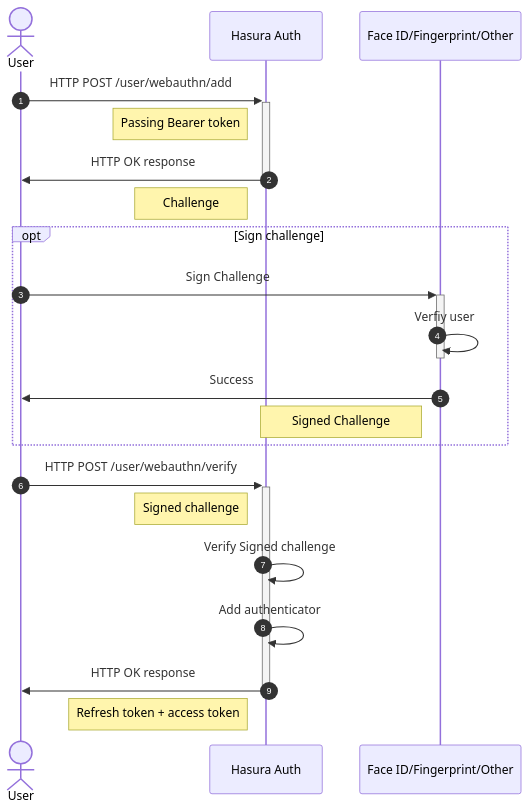
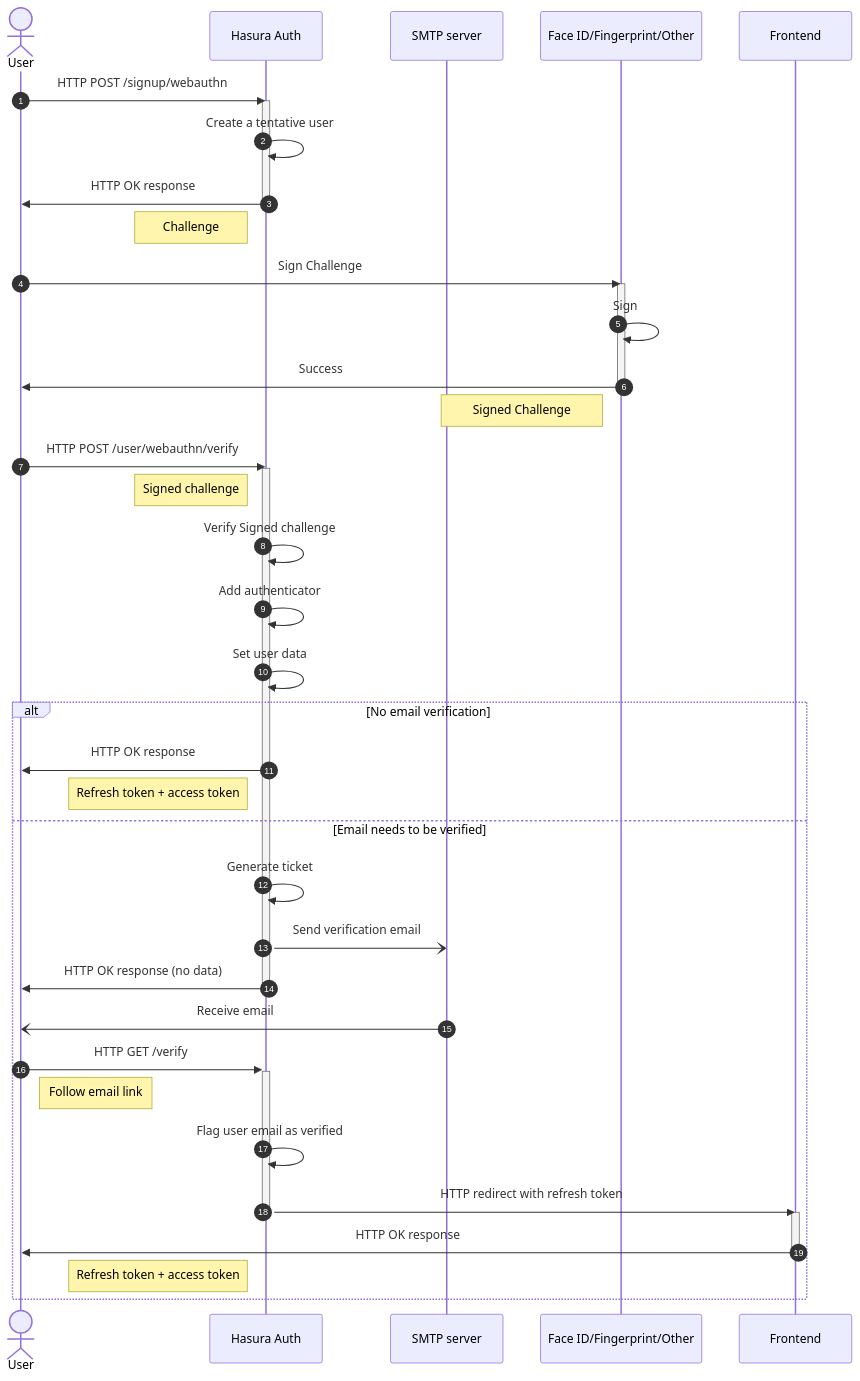
The first of 3 diagrams in docs/workflows/webauthn.md (nhost/nhost), drawn with Mermaid before and after one commit. The commit also changed other lines of this file, not shown here.

Commit message:
docs: add webauthn signup sequence diagram

````diff
--- a/docs/workflows/webauthn.md
+++ b/docs/workflows/webauthn.md
@@ -13,23 +13,45 @@
 ```mermaid
 sequenceDiagram
 	autonumber
 	actor U as User
 	participant A as Hasura Auth
+	participant E as SMTP server
 	participant G as Face ID/Fingerprint/Other
-	U->>+A: HTTP POST /user/webauthn/add
-    Note left of A: Passing Bearer token
-    A->>-U: HTTP OK response
+	participant F as Frontend
+	U->>A: HTTP POST /signup/webauthn
+    activate A
+	A->>A: Create a tentative user
+    A->>U: HTTP OK response
+    deactivate A
     Note left of A: Challenge
-    opt Sign challenge
-        U->>+G: Sign Challenge
-        G->>-G: Verfiy user
-        G->>U: Success
-        Note left of G: Signed Challenge
-    end
-    U->>+A: HTTP POST /user/webauthn/verify
+
+    U->>G: Sign Challenge
+    activate G
+    G->>G: Sign
+    G->>U: Success
+    deactivate G
+    Note left of G: Signed Challenge
+    U->>A: HTTP POST /user/webauthn/verify
+    activate A
     Note left of A: Signed challenge
     A->>A: Verify Signed challenge
 	A->>A: Add authenticator
-    A->>-U: HTTP OK response
-    Note left of A: Refresh token + access token
+	A->>A: Set user data
+
+	alt No email verification
+    	A->>U: HTTP OK response
+		Note left of A: Refresh token + access token
+	else Email needs to be verified
+		A->>A: Generate ticket
+		A-)E: Send verification email
+		A->>-U: HTTP OK response (no data)
+		E-)U: Receive email
+		U->>+A: HTTP GET /verify
+		Note right of U: Follow email link
+		A->>A: Flag user email as verified
+		A->>-F: HTTP redirect with refresh token
+		activate F
+		F->>-U: HTTP OK response
+        Note left of A: Refresh token + access token
+	end
 ```
````
